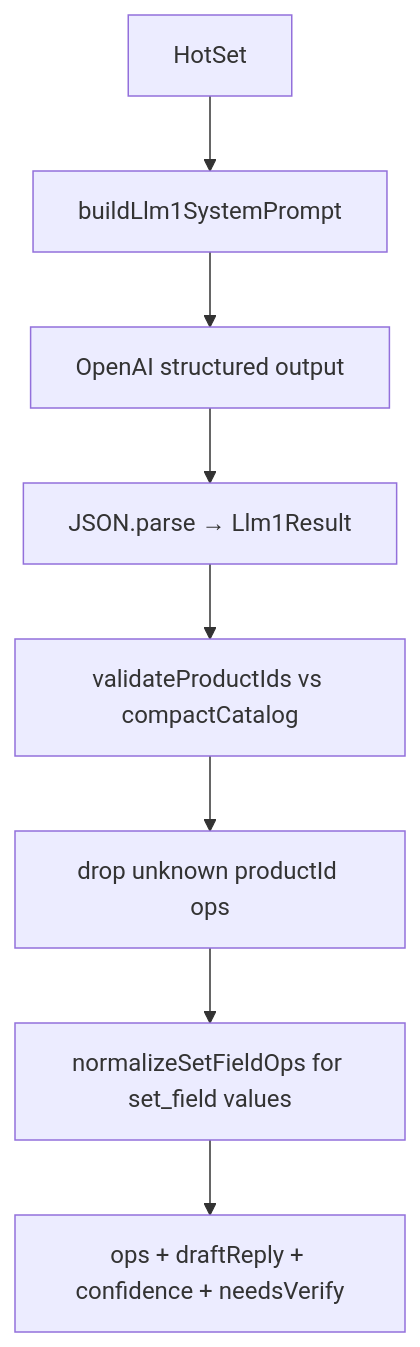
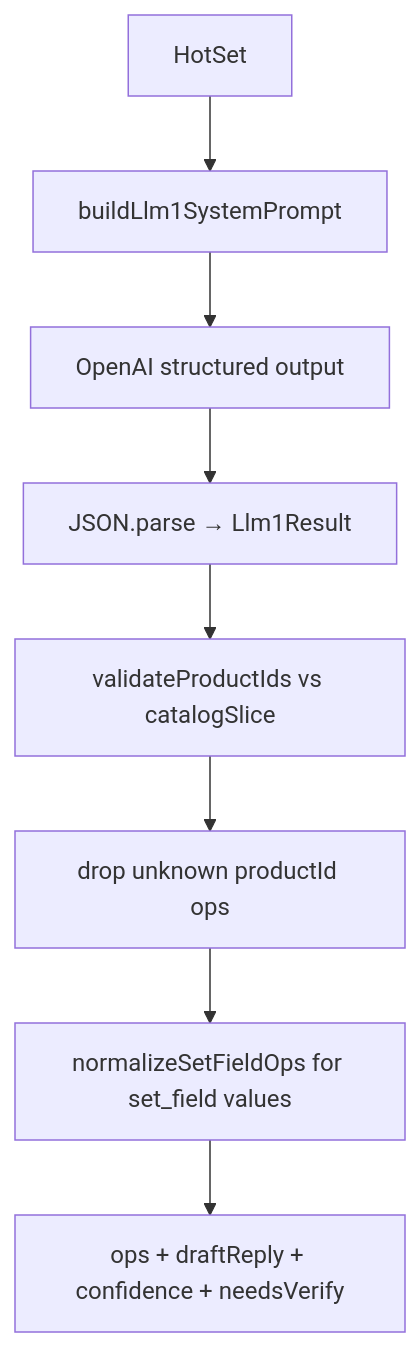
The seventh of 10 diagrams in docs/INCOMING_RESPONSE_GENERATOR_FLOW.md (roshan-1904/chatlogix-gowtham), drawn with Mermaid before and after one commit. The commit also changed other lines of this file and 30 other files, not shown here.

````diff
--- a/docs/INCOMING_RESPONSE_GENERATOR_FLOW.md
+++ b/docs/INCOMING_RESPONSE_GENERATOR_FLOW.md
@@ -303,10 +318,10 @@
 ```mermaid
 flowchart TD
   HS[HotSet] --> SYS[buildLlm1SystemPrompt]
   SYS --> API[OpenAI structured output]
   API --> PARSE[JSON.parse → Llm1Result]
-  PARSE --> VAL[validateProductIds vs compactCatalog]
+  PARSE --> VAL[validateProductIds vs catalogSlice]
   VAL --> DROP[drop unknown productId ops]
   DROP --> NORM[normalizeSetFieldOps for set_field values]
   NORM --> OUT[ops + draftReply + confidence + needsVerify]
 ```
````
